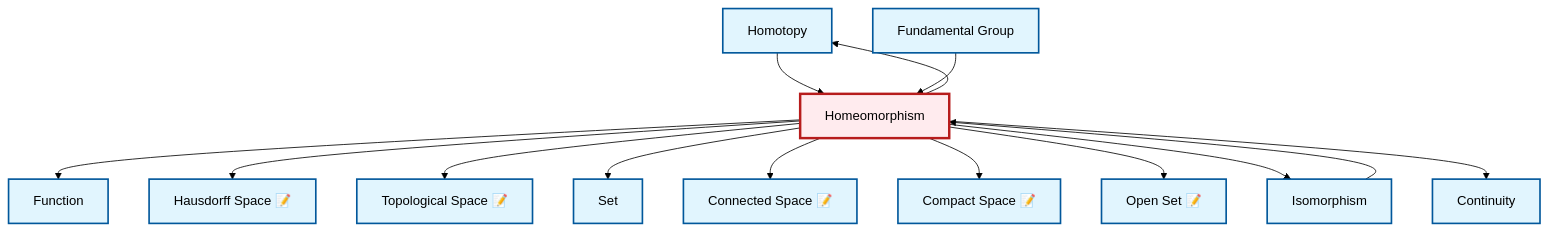
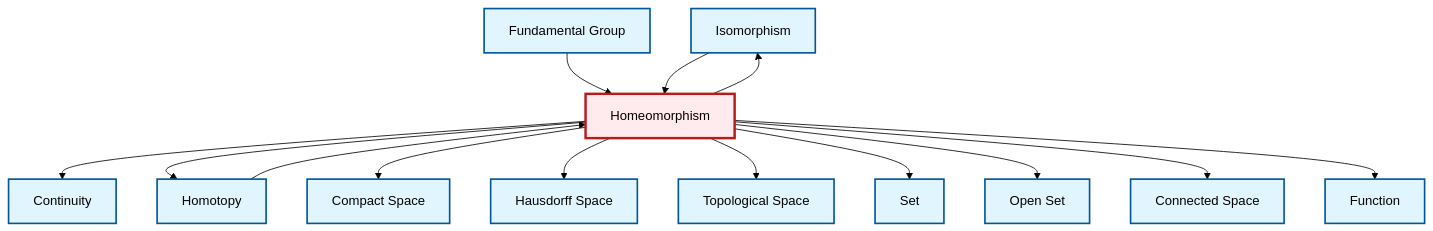
Before and after one commit to RK0429/ModernMath: the diagram in output/mermaid/en/def-homeomorphism.mermaid, drawn with Mermaid (forest theme). The commit also changed 1710 other files, not shown here.

```diff
--- a/output/mermaid/en/def-homeomorphism.mermaid
+++ b/output/mermaid/en/def-homeomorphism.mermaid
@@ -1,32 +1,32 @@
 graph TD
     classDef definition fill:#e1f5fe,stroke:#01579b,stroke-width:2px
     classDef theorem fill:#f3e5f5,stroke:#4a148c,stroke-width:2px
     classDef axiom fill:#fff3e0,stroke:#e65100,stroke-width:2px
     classDef example fill:#e8f5e9,stroke:#1b5e20,stroke-width:2px
     classDef current fill:#ffebee,stroke:#b71c1c,stroke-width:3px
-    def-connected["Connected Space 📝"]:::definition
+    def-hausdorff["Hausdorff Space"]:::definition
+    def-isomorphism["Isomorphism"]:::definition
+    def-set["Set"]:::definition
+    def-topological-space["Topological Space"]:::definition
+    def-continuity["Continuity"]:::definition
+    def-function["Function"]:::definition
+    def-fundamental-group["Fundamental Group"]:::definition
+    def-homeomorphism["Homeomorphism"]:::definition
+    def-connected["Connected Space"]:::definition
+    def-compact["Compact Space"]:::definition
+    def-open-set["Open Set"]:::definition
     def-homotopy["Homotopy"]:::definition
-    def-homeomorphism["Homeomorphism"]:::definition
-    def-topological-space["Topological Space 📝"]:::definition
-    def-continuity["Continuity"]:::definition
-    def-compact["Compact Space 📝"]:::definition
-    def-fundamental-group["Fundamental Group"]:::definition
-    def-set["Set"]:::definition
-    def-isomorphism["Isomorphism"]:::definition
-    def-open-set["Open Set 📝"]:::definition
-    def-function["Function"]:::definition
-    def-hausdorff["Hausdorff Space 📝"]:::definition
-    def-homeomorphism --> def-function
+    def-fundamental-group --> def-homeomorphism
+    def-homeomorphism --> def-continuity
+    def-homeomorphism --> def-homotopy
+    def-isomorphism --> def-homeomorphism
+    def-homeomorphism --> def-compact
     def-homeomorphism --> def-hausdorff
     def-homeomorphism --> def-topological-space
+    def-homotopy --> def-homeomorphism
     def-homeomorphism --> def-set
-    def-homotopy --> def-homeomorphism
+    def-homeomorphism --> def-open-set
     def-homeomorphism --> def-connected
-    def-fundamental-group --> def-homeomorphism
-    def-homeomorphism --> def-compact
-    def-isomorphism --> def-homeomorphism
-    def-homeomorphism --> def-open-set
     def-homeomorphism --> def-isomorphism
-    def-homeomorphism --> def-continuity
-    def-homeomorphism --> def-homotopy
+    def-homeomorphism --> def-function
     class def-homeomorphism current
```
